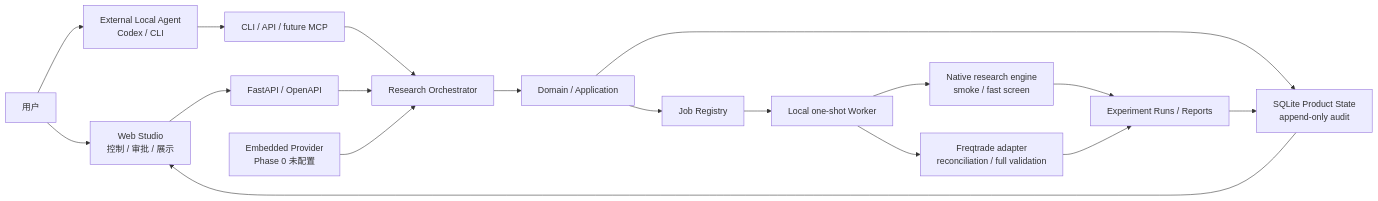
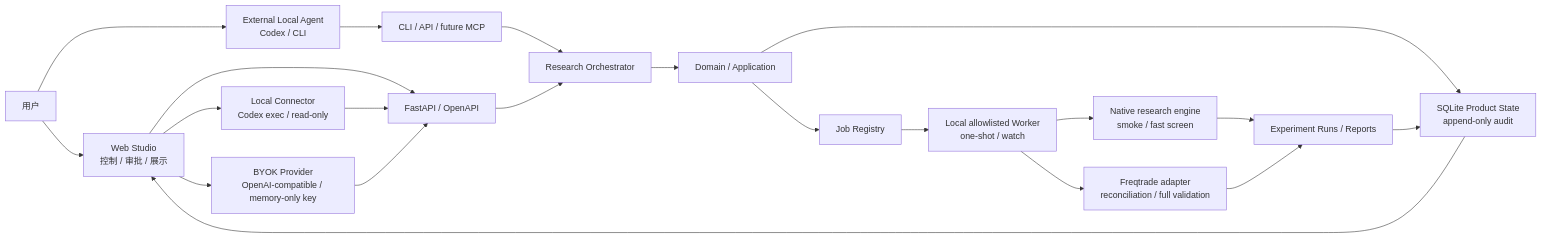
The first of 4 diagrams in docs/12-系统架构.md (goodperson888/quant-research-lab), drawn with Mermaid before and after one commit. The commit also changed other lines of this file and 80 other files, not shown here.

````diff
--- a/docs/12-系统架构.md
+++ b/docs/12-系统架构.md
@@ -21,20 +23,23 @@
 ```mermaid
 flowchart LR
     USER["用户"] --> WEB["Web Studio<br/>控制 / 审批 / 展示"]
     USER --> AGENT["External Local Agent<br/>Codex / CLI"]
     WEB --> API["FastAPI / OpenAPI"]
+    WEB --> CONNECTOR["Local Connector<br/>Codex exec / read-only"]
+    WEB --> PROVIDER["BYOK Provider<br/>OpenAI-compatible / memory-only key"]
     AGENT --> TOOLS["CLI / API / future MCP"]
+    CONNECTOR --> API
+    PROVIDER --> API
     TOOLS --> ORCH["Research Orchestrator"]
     API --> ORCH
-    PROVIDER["Embedded Provider<br/>Phase 0 未配置"] --> ORCH
     ORCH --> DOMAIN["Domain / Application"]
     DOMAIN --> DB["SQLite Product State<br/>append-only audit"]
     DOMAIN --> JOBS["Job Registry"]
-    JOBS --> WORKER["Local one-shot Worker"]
+    JOBS --> WORKER["Local allowlisted Worker<br/>one-shot / watch"]
     WORKER --> NATIVE["Native research engine<br/>smoke / fast screen"]
     WORKER --> FT["Freqtrade adapter<br/>reconciliation / full validation"]
     NATIVE --> RESEARCH["Experiment Runs / Reports"]
     FT --> RESEARCH
     DB --> WEB
     RESEARCH --> DB
 ```
````
